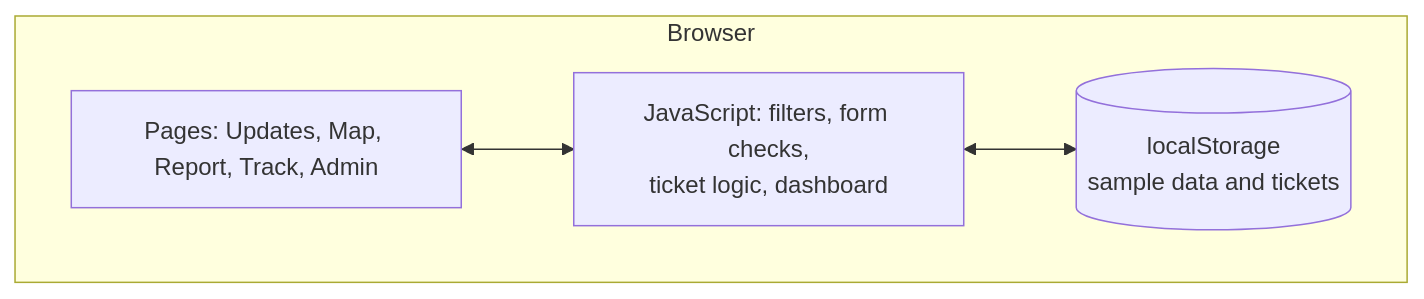
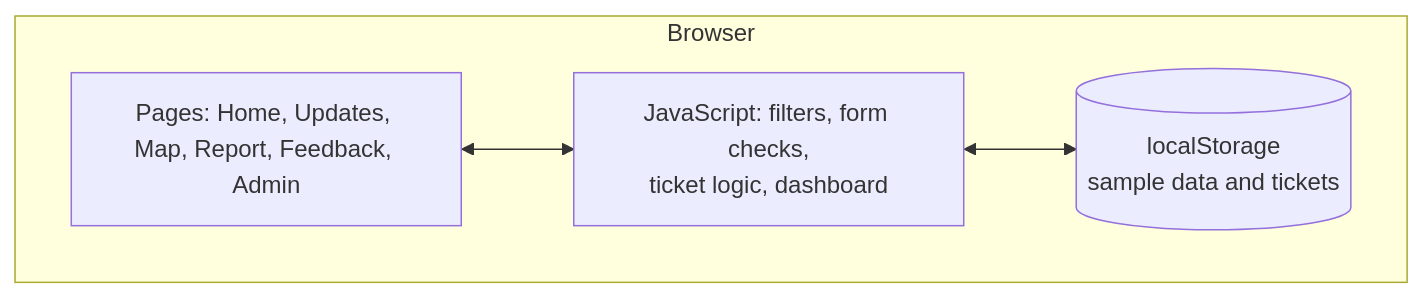
One commit to vonAkym/CMT322-Assignment1-lrt-mutiara-portal changed the fourth of 4 diagrams in README.md. Above: the diagram before and after it, drawn with Mermaid. The commit also changed other lines of this file and 33 other files, not shown here.

````diff
--- a/README.md
+++ b/README.md
@@ -99,10 +101,10 @@
 ```mermaid
 flowchart TB
     subgraph Browser
-      UI["Pages: Updates, Map, Report, Track, Admin"]
+      UI["Pages: Home, Updates, Map, Report, Feedback, Admin"]
       JS["JavaScript: filters, form checks,<br/>ticket logic, dashboard"]
       LS[("localStorage<br/>sample data and tickets")]
     end
     UI <--> JS
     JS <--> LS
 ```
````
